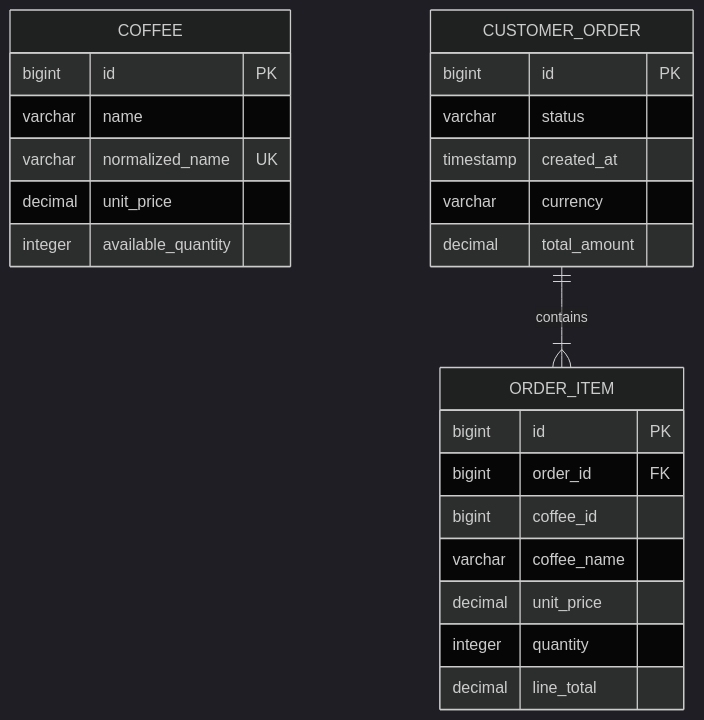
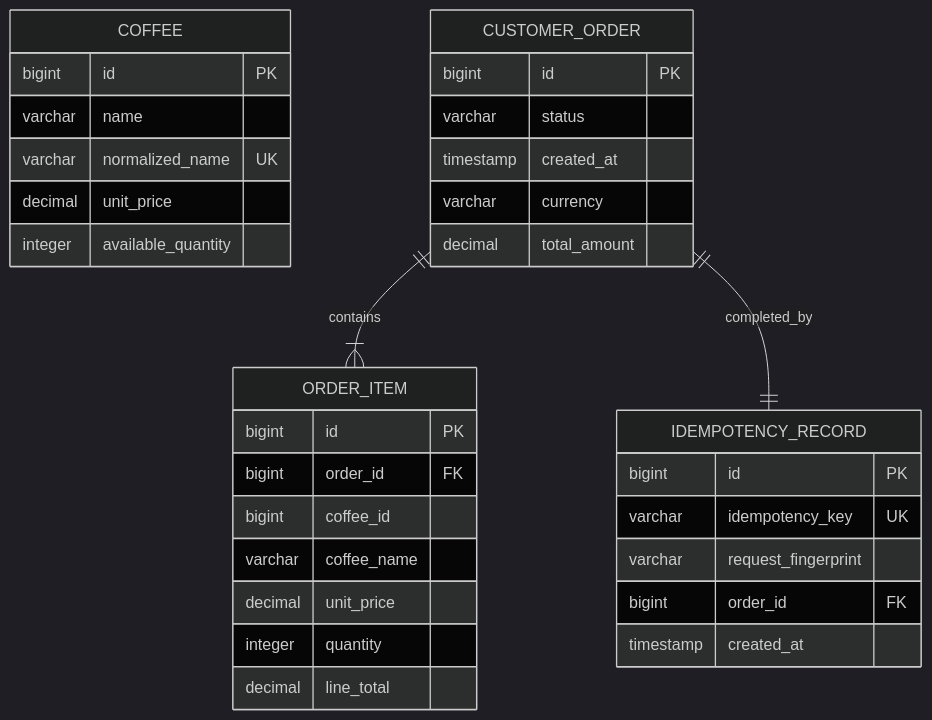
One commit to YKalcheuskaya/coffee-app changed the third of 3 diagrams in docs/architecture.md. Above: the diagram before and after it, drawn with Mermaid (dark theme). The commit also changed other lines of this file, not shown here.

Commit message:
Document idempotency and UI architecture

````diff
--- a/docs/architecture.md
+++ b/docs/architecture.md
@@ -65,27 +75,35 @@
 ```mermaid
 erDiagram
     COFFEE {
         bigint id PK
         varchar name
         varchar normalized_name UK
         decimal unit_price
         integer available_quantity
     }
     CUSTOMER_ORDER {
         bigint id PK
         varchar status
         timestamp created_at
         varchar currency
         decimal total_amount
     }
     ORDER_ITEM {
         bigint id PK
         bigint order_id FK
         bigint coffee_id
         varchar coffee_name
         decimal unit_price
         integer quantity
         decimal line_total
     }
+    IDEMPOTENCY_RECORD {
+        bigint id PK
+        varchar idempotency_key UK
+        varchar request_fingerprint
+        bigint order_id FK
+        timestamp created_at
+    }
     CUSTOMER_ORDER ||--|{ ORDER_ITEM : contains
+    CUSTOMER_ORDER ||--|| IDEMPOTENCY_RECORD : completed_by
 ```
````
